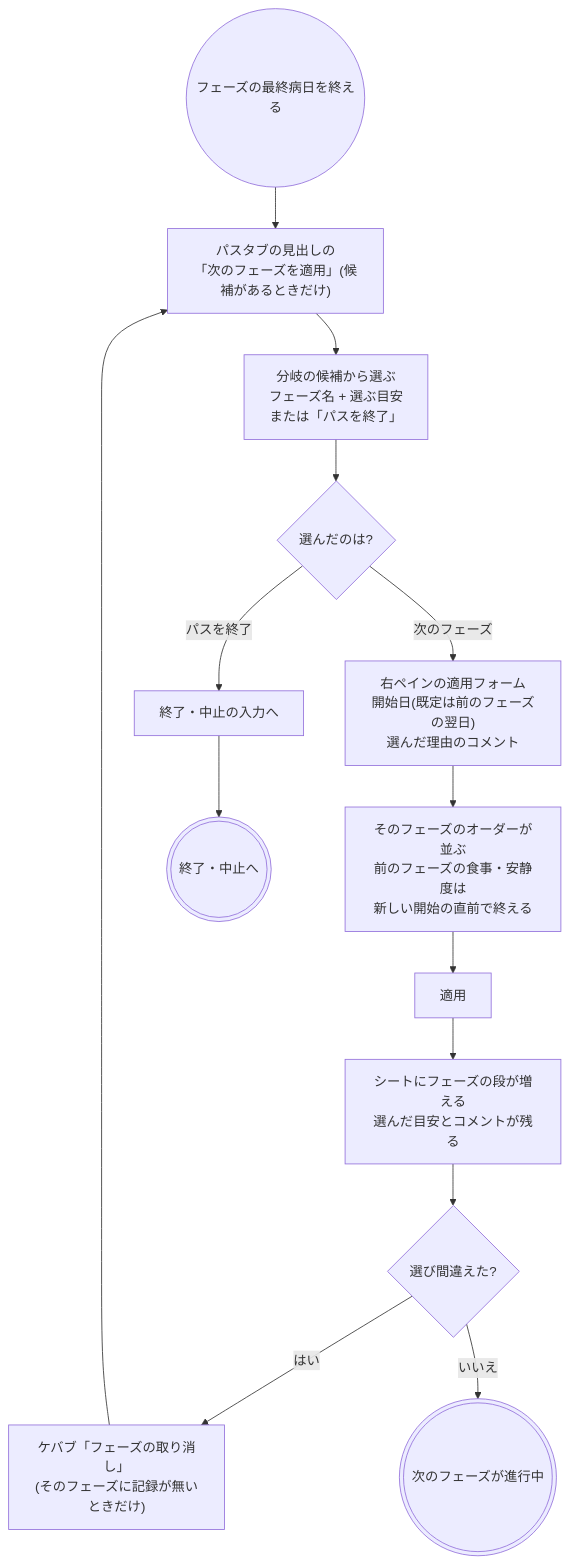
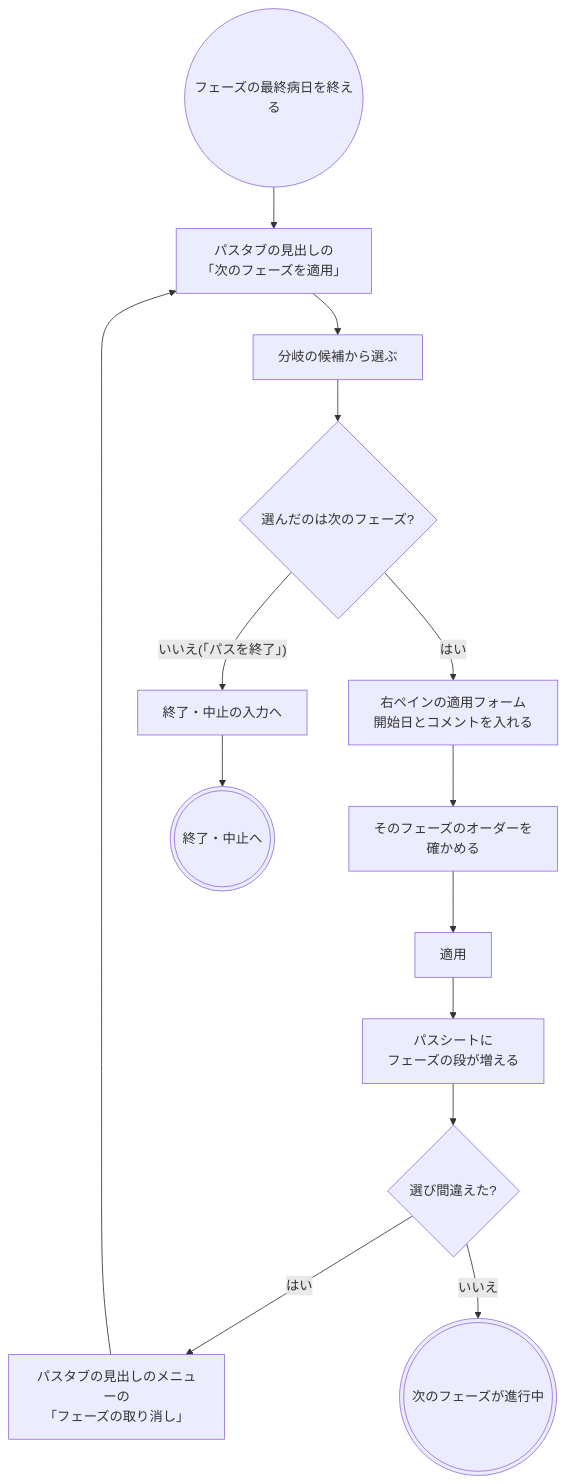
Before and after one commit to ysnr-dev/fhir-client-docs: the fifth of 7 diagrams in docs/flows/clinical-pathway.md, drawn with Mermaid. The commit also changed other lines of this file and 43 other files, not shown here.

Commit message:
docs: 業務フローとシーケンス図を写し直し

````diff
--- a/docs/flows/clinical-pathway.md
+++ b/docs/flows/clinical-pathway.md
@@ -236,22 +375,22 @@
 ```mermaid
 flowchart TD
   start(("フェーズの最終病日を終える"))
-  icon["パスタブの見出しの<br/>「次のフェーズを適用」(候補があるときだけ)"]
-  choose["分岐の候補から選ぶ<br/>フェーズ名 + 選ぶ目安<br/>または「パスを終了」"]
-  which{"選んだのは?"}
+  icon["パスタブの見出しの<br/>「次のフェーズを適用」"]
+  choose["分岐の候補から選ぶ"]
+  which{"選んだのは次のフェーズ?"}
   closeFlow["終了・中止の入力へ"]
-  form["右ペインの適用フォーム<br/>開始日(既定は前のフェーズの翌日)<br/>選んだ理由のコメント"]
-  orders["そのフェーズのオーダーが並ぶ<br/>前のフェーズの食事・安静度は<br/>新しい開始の直前で終える"]
+  form["右ペインの適用フォーム<br/>開始日とコメントを入れる"]
+  orders["そのフェーズのオーダーを<br/>確かめる"]
   apply["適用"]
-  sheet["シートにフェーズの段が増える<br/>選んだ目安とコメントが残る"]
+  sheet["パスシートに<br/>フェーズの段が増える"]
   wrong{"選び間違えた?"}
-  undo["ケバブ「フェーズの取り消し」<br/>(そのフェーズに記録が無いときだけ)"]
+  undo["パスタブの見出しのメニューの<br/>「フェーズの取り消し」"]
   finish((("次のフェーズが進行中")))
   closed((("終了・中止へ")))
 
   start --> icon --> choose --> which
-  which -- "パスを終了" --> closeFlow --> closed
-  which -- "次のフェーズ" --> form --> orders --> apply --> sheet --> wrong
+  which -- "いいえ(「パスを終了」)" --> closeFlow --> closed
+  which -- "はい" --> form --> orders --> apply --> sheet --> wrong
   wrong -- "はい" --> undo --> icon
   wrong -- "いいえ" --> finish
 ```
````
